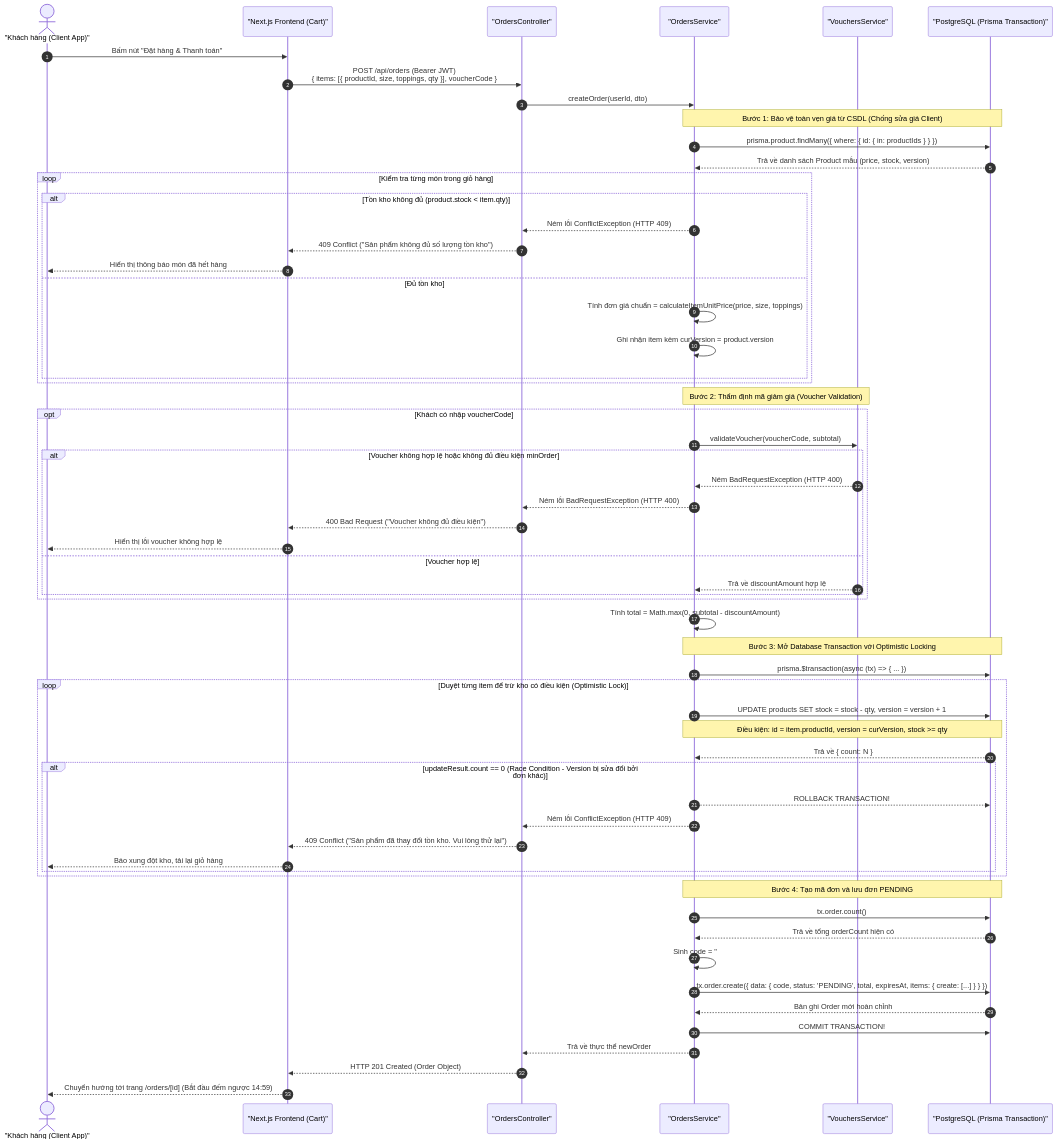
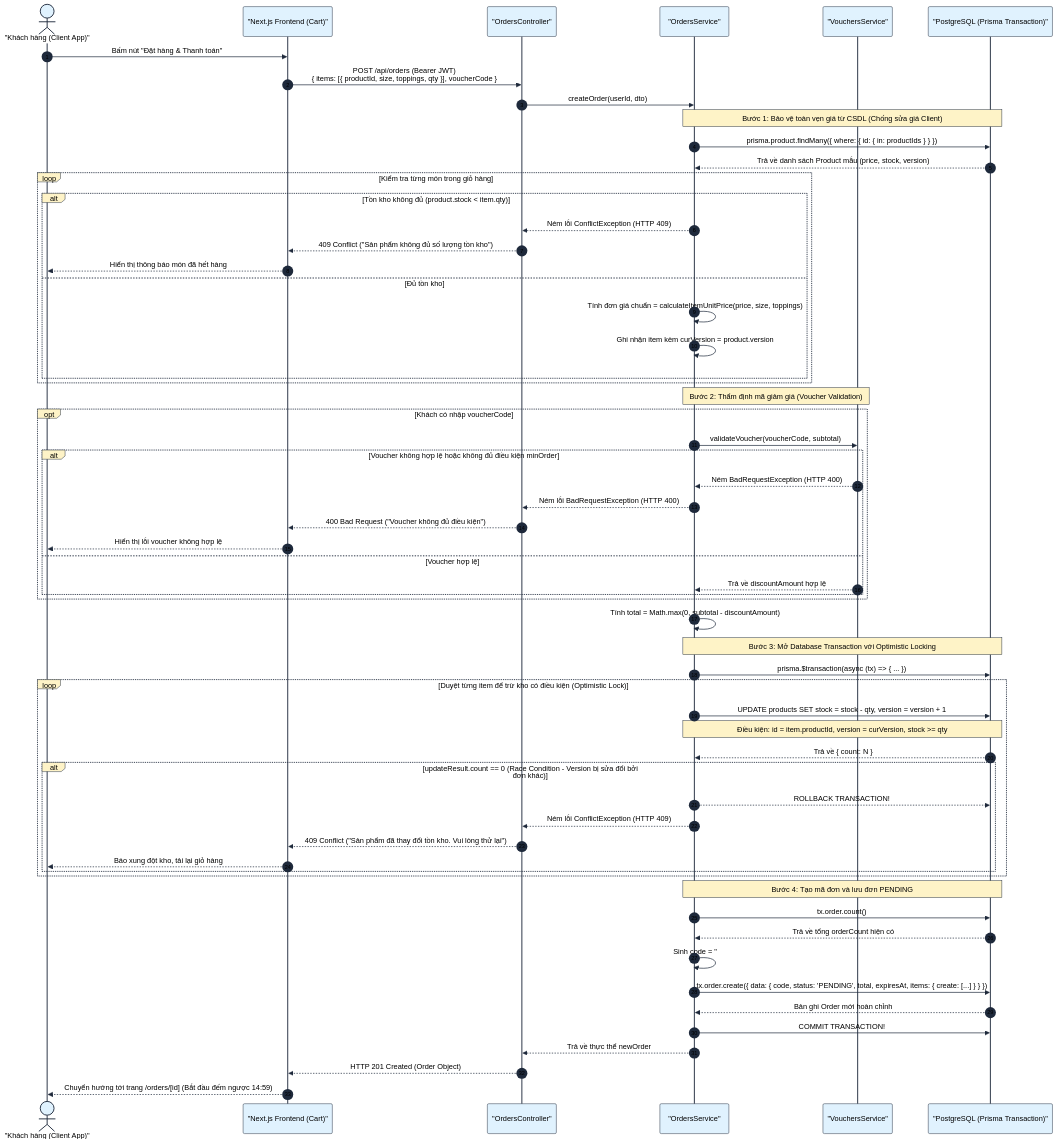
The ninth of 11 diagrams in docs/SYSTEM_ARCHITECTURE_DIAGRAMS.md (ThuanTran260/CNPM-BrewLite), drawn with Mermaid before and after one commit. The commit also changed other lines of this file and 27 other files, not shown here.

Commit message:
docs: standardize diagrams with high contrast black text, add 2-tier use case models, svg vector exports and drawio guide

````diff
--- a/docs/SYSTEM_ARCHITECTURE_DIAGRAMS.md
+++ b/docs/SYSTEM_ARCHITECTURE_DIAGRAMS.md
@@ -680,4 +914,32 @@
 ```mermaid
+%%{init: {
+  'theme': 'base',
+  'themeVariables': {
+    'primaryColor': '#e0f2fe',
+    'primaryTextColor': '#000000',
+    'primaryBorderColor': '#1e293b',
+    'lineColor': '#1e293b',
+    'secondaryColor': '#fef3c7',
+    'tertiaryColor': '#ffffff',
+    'actorBkg': '#e0f2fe',
+    'actorBorder': '#1e293b',
+    'actorTextColor': '#000000',
+    'actorLineColor': '#1e293b',
+    'signalColor': '#1e293b',
+    'signalTextColor': '#000000',
+    'labelBoxBkgColor': '#fef3c7',
+    'labelBoxBorderColor': '#1e293b',
+    'labelTextColor': '#000000',
+    'loopTextColor': '#000000',
+    'noteBorderColor': '#1e293b',
+    'noteBkgColor': '#fef3c7',
+    'noteTextColor': '#000000',
+    'activationBorderColor': '#1e293b',
+    'activationBkgColor': '#cbd5e1',
+    'sequenceNumberColor': '#000000',
+    'fontFamily': 'Segoe UI, Arial, sans-serif'
+  }
+}}%%
 sequenceDiagram
     autonumber
     actor Customer as "Khách hàng (Client App)"
````
